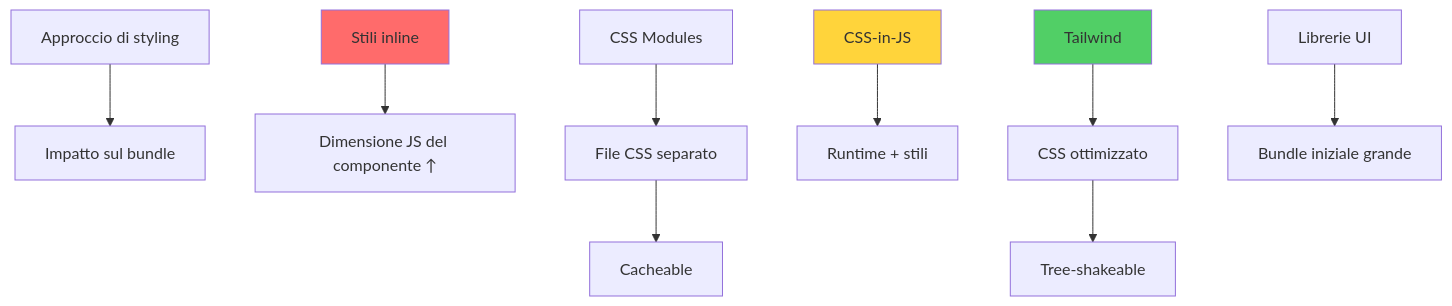
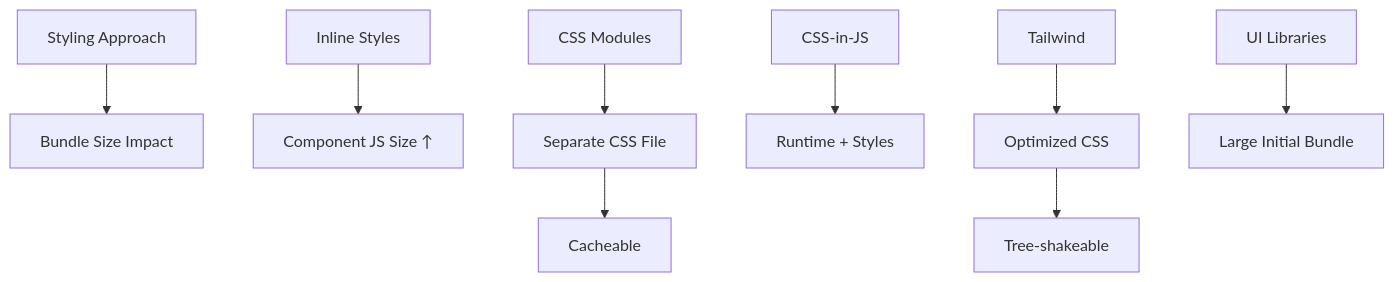
One commit to BabaScience/react-guides changed the fifth of 6 diagrams in arguments/chapters/it/04-react-styling.md. Above: the diagram before and after it, drawn with Mermaid. The commit also changed other lines of this file and 29 other files, not shown here.

First line of the commit message:
Bring React FR/IT translations to full English parity + theme-safe diagrams

````diff
--- a/arguments/chapters/it/04-react-styling.md
+++ b/arguments/chapters/it/04-react-styling.md
@@ -218,17 +1981,14 @@
 ```mermaid
 graph TD
-    A[Approccio di styling] --> B[Impatto sul bundle]
+    A[Styling Approach] --> B[Bundle Size Impact]
     
-    C[Stili inline] --> D[Dimensione JS del componente ↑]
-    E[CSS Modules] --> F[File CSS separato]
-    G[CSS-in-JS] --> H[Runtime + stili]
-    I[Tailwind] --> J[CSS ottimizzato]
-    K[Librerie UI] --> L[Bundle iniziale grande]
+    C[Inline Styles] --> D[Component JS Size ↑]
+    E[CSS Modules] --> F[Separate CSS File]
+    G[CSS-in-JS] --> H[Runtime + Styles]
+    I[Tailwind] --> J[Optimized CSS]
+    K[UI Libraries] --> L[Large Initial Bundle]
     
     F --> M[Cacheable]
     J --> N[Tree-shakeable]
     
-    style C fill:#ff6b6b
-    style G fill:#ffd43b
-    style I fill:#51cf66
 ```
````
